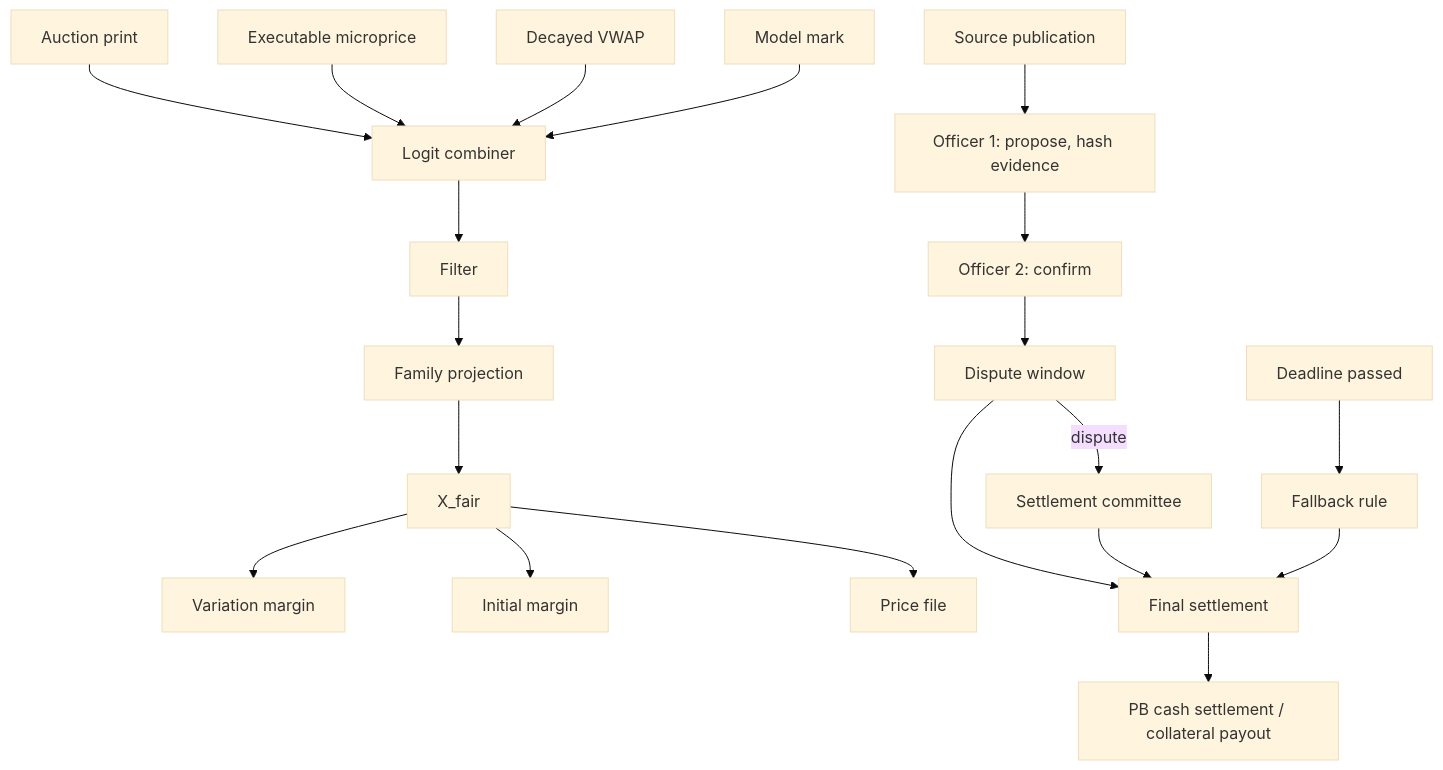
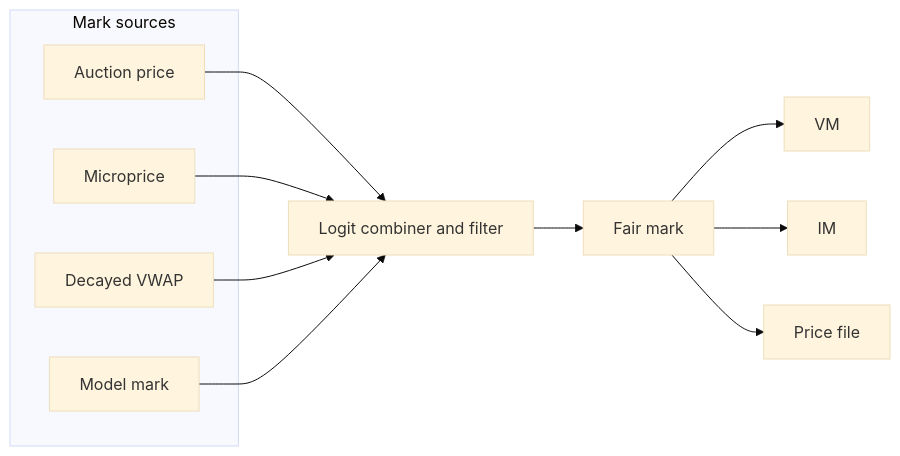
Before and after one commit to LevonDerma1221/swans-docs: the sixth of 8 diagrams in docs/diagrams.md, drawn with Mermaid (base theme). The commit also changed other lines of this file and 31 other files, not shown here.

````diff
--- a/docs/diagrams.md
+++ b/docs/diagrams.md
@@ -134,14 +125,19 @@
 ```mermaid
-flowchart TB
-  A[Auction print] --> L[Logit combiner]
-  B[Executable microprice] --> L
-  T[Decayed VWAP] --> L
-  M[Model mark] --> L
-  L --> FLT[Filter] --> PRJ[Family projection] --> XF[X_fair]
-  XF --> VM[Variation margin]
-  XF --> IM[Initial margin]
-  XF --> PF[Price file]
-  SRC[Source publication] --> P1[Officer 1: propose, hash evidence] --> P2[Officer 2: confirm] --> DW[Dispute window] --> FIN[Final settlement] --> PB[PB cash settlement / collateral payout]
-  DW -->|dispute| CMT[Settlement committee] --> FIN
-  DL[Deadline passed] --> FB[Fallback rule] --> FIN
+flowchart LR
+  subgraph Mark sources
+    A[Auction price]
+    B[Microprice]
+    T[Decayed VWAP]
+    M[Model mark]
+  end
+
+  A --> COMB[Logit combiner and filter]
+  B --> COMB
+  T --> COMB
+  M --> COMB
+  COMB --> FAIR[Fair mark]
+
+  FAIR --> VM[VM]
+  FAIR --> IM[IM]
+  FAIR --> PF[Price file]
 ```
````
